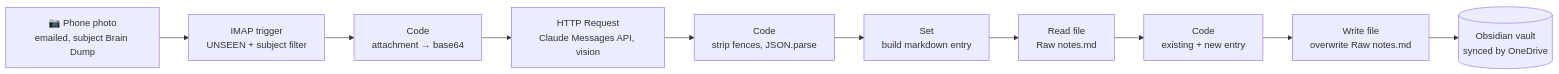
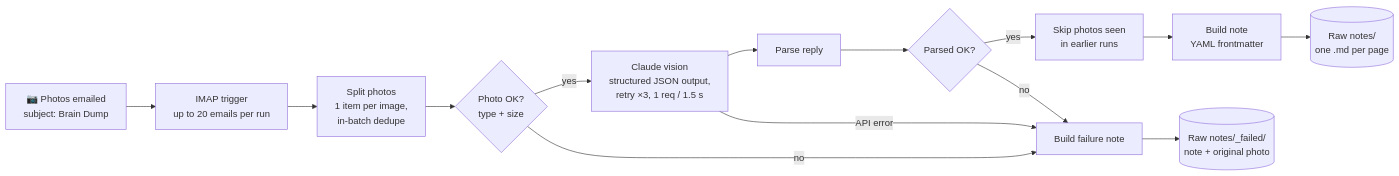
One commit to Rashford-Vane/n8n-handwritten-notes-to-obsidian changed the diagram in README.md. Above: the diagram before and after it, drawn with Mermaid. The commit also changed other lines of this file and 5 other files, not shown here.

First line of the commit message:
v2: unattended batches, one note per page, failure parking

````diff
--- a/README.md
+++ b/README.md
@@ -7,12 +7,16 @@
 ```mermaid
 flowchart LR
-    A[📷 Phone photo<br/>emailed, subject Brain Dump] --> B[IMAP trigger<br/>UNSEEN + subject filter]
-    B --> C[Code<br/>attachment → base64]
-    C --> D[HTTP Request<br/>Claude Messages API, vision]
-    D --> E[Code<br/>strip fences, JSON.parse]
-    E --> F[Set<br/>build markdown entry]
-    F --> G[Read file<br/>Raw notes.md]
-    G --> H[Code<br/>existing + new entry]
-    H --> I[Write file<br/>overwrite Raw notes.md]
-    I --> J[(Obsidian vault<br/>synced by OneDrive)]
+    A[📷 Photos emailed<br/>subject: Brain Dump] --> B[IMAP trigger<br/>up to 20 emails per run]
+    B --> C[Split photos<br/>1 item per image,<br/>in-batch dedupe]
+    C --> D{Photo OK?<br/>type + size}
+    D -- yes --> E[Claude vision<br/>structured JSON output,<br/>retry ×3, 1 req / 1.5 s]
+    E --> F[Parse reply]
+    F --> G{Parsed OK?}
+    G -- yes --> H[Skip photos seen<br/>in earlier runs]
+    H --> I[Build note<br/>YAML frontmatter]
+    I --> J[(Raw notes/<br/>one .md per page)]
+    D -- no --> K[Build failure note]
+    E -- API error --> K
+    G -- no --> K
+    K --> L[(Raw notes/_failed/<br/>note + original photo)]
 ```
````
